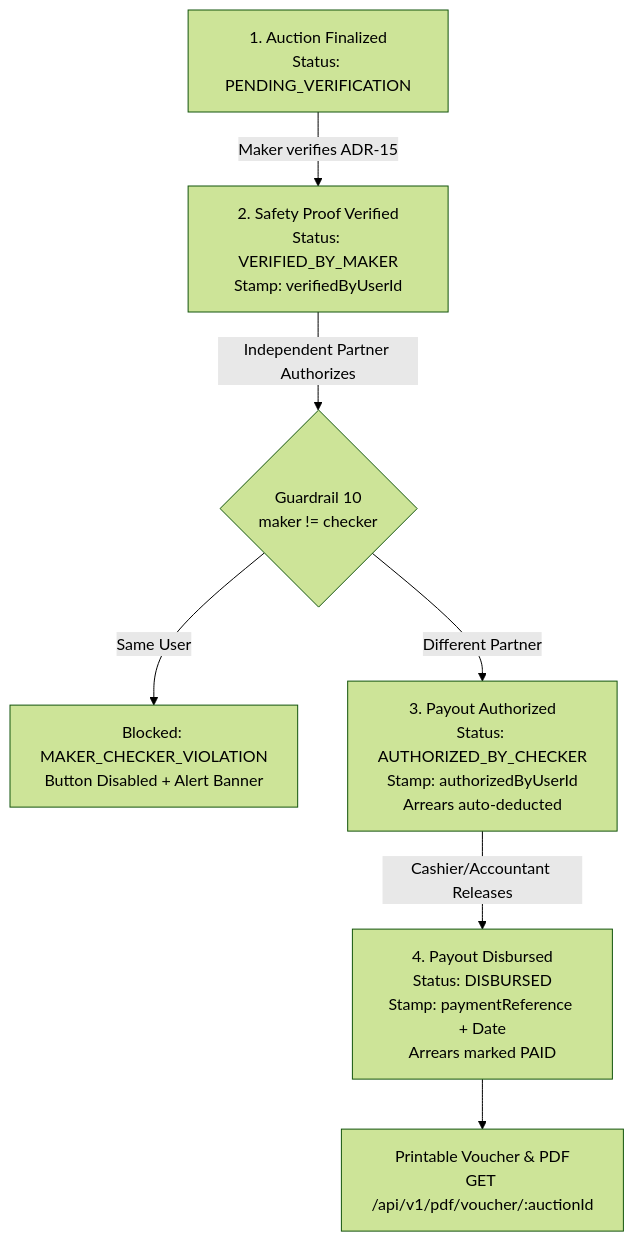
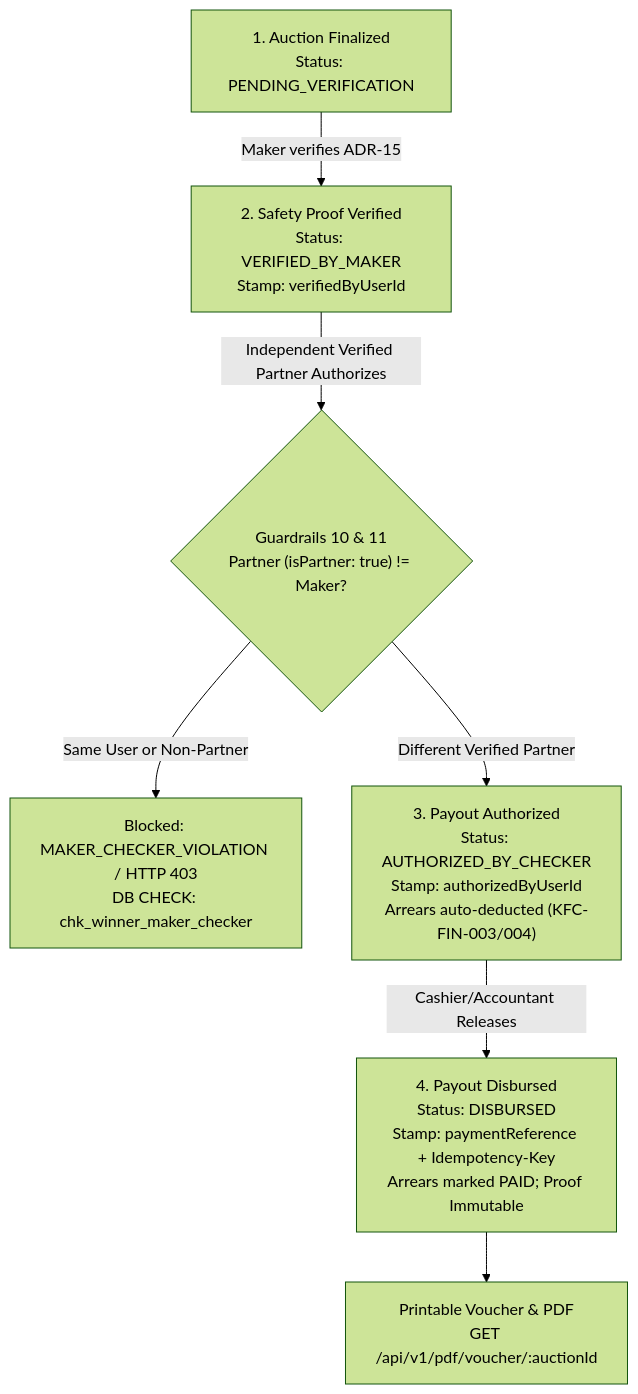
The diagram in docs/web/prize-disbursements.md (Kathir-24/Kumaran-finance), drawn with Mermaid (forest theme) before and after one commit. The commit also changed other lines of this file and 4 other files, not shown here.

````diff
--- a/docs/web/prize-disbursements.md
+++ b/docs/web/prize-disbursements.md
@@ -38,9 +38,9 @@
 ```mermaid
 flowchart TD
     S1["1. Auction Finalized\nStatus: PENDING_VERIFICATION"] -->|Maker verifies ADR-15| S2["2. Safety Proof Verified\nStatus: VERIFIED_BY_MAKER\nStamp: verifiedByUserId"]
-    S2 -->|Independent Partner Authorizes| G{"Guardrail 10\nmaker != checker"}
-    G -- "Same User" --> BLOCK["Blocked: MAKER_CHECKER_VIOLATION\nButton Disabled + Alert Banner"]
-    G -- "Different Partner" --> S3["3. Payout Authorized\nStatus: AUTHORIZED_BY_CHECKER\nStamp: authorizedByUserId\nArrears auto-deducted"]
-    S3 -->|Cashier/Accountant Releases| S4["4. Payout Disbursed\nStatus: DISBURSED\nStamp: paymentReference + Date\nArrears marked PAID"]
+    S2 -->|Independent Verified Partner Authorizes| G{"Guardrails 10 & 11\nPartner (isPartner: true) != Maker?"}
+    G -- "Same User or Non-Partner" --> BLOCK["Blocked: MAKER_CHECKER_VIOLATION / HTTP 403\nDB CHECK: chk_winner_maker_checker"]
+    G -- "Different Verified Partner" --> S3["3. Payout Authorized\nStatus: AUTHORIZED_BY_CHECKER\nStamp: authorizedByUserId\nArrears auto-deducted (KFC-FIN-003/004)"]
+    S3 -->|Cashier/Accountant Releases| S4["4. Payout Disbursed\nStatus: DISBURSED\nStamp: paymentReference + Idempotency-Key\nArrears marked PAID; Proof Immutable"]
     S4 --> PDF["Printable Voucher & PDF\nGET /api/v1/pdf/voucher/:auctionId"]
 ```
````
